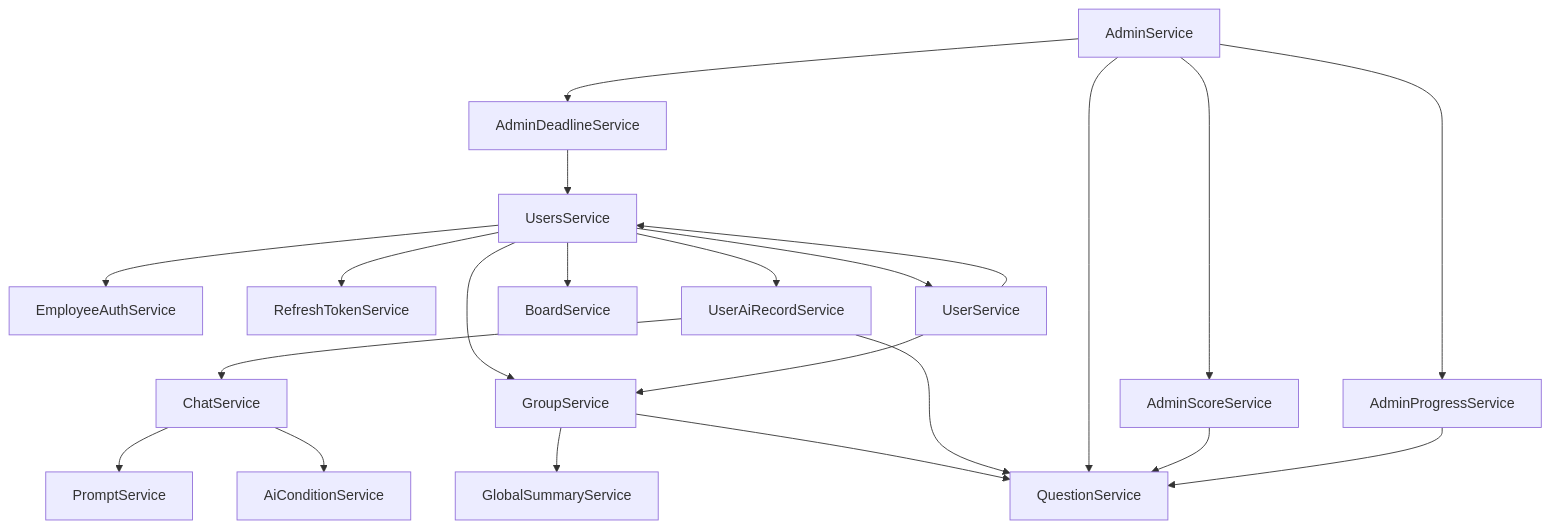
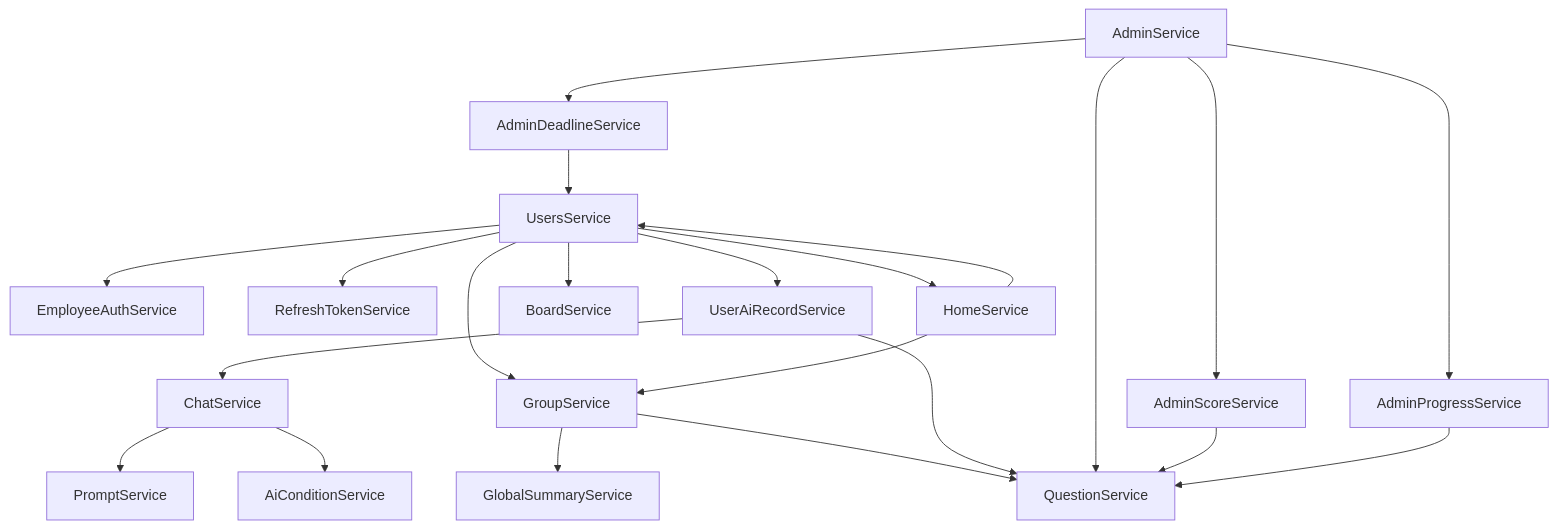
Before and after one commit to rookies-team-6/back: the fourth of 4 diagrams in Domain설계서.md, drawn with Mermaid. The commit also changed other lines of this file, not shown here.

````diff
--- a/Domain설계서.md
+++ b/Domain설계서.md
@@ -449,24 +452,24 @@
 ```mermaid
 graph TD
     A[UsersService] --> B[EmployeeAuthService]
     A --> C[RefreshTokenService]
     A --> D[GroupService]
     D --> E[QuestionService]
     A --> F[UserAiRecordService]
     F --> E
     D --> G[GlobalSummaryService]
     A --> H[BoardService]
     I[AdminService] --> J[AdminScoreService]
     I --> K[AdminProgressService]
     I --> L[AdminDeadlineService]
     I --> E
     J --> E
     K --> E
     L --> A
     F --> M[ChatService]
     M --> N[AiConditionService]
     M --> O[PromptService]
-    A --> P[UserService]
+    A --> P[HomeService]
     P --> D
     P --> A
 ```
````
